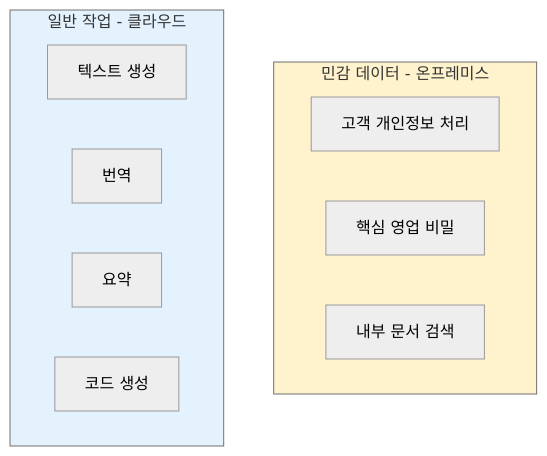
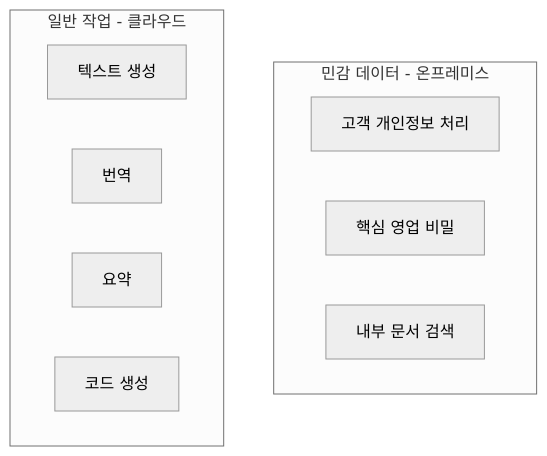
One commit to Kanghyeop/pages-book-agent101 changed the second of 2 diagrams in appendix-a/A06.md. Above: the diagram before and after it, drawn with Mermaid (neutral theme). The commit also changed 5 other files, not shown here.

Commit message:
fix: Mermaid GitHub 호환성 수정

````diff
--- a/appendix-a/A06.md
+++ b/appendix-a/A06.md
@@ -197,18 +197,15 @@
 ```mermaid
 flowchart TB
     subgraph OnPrem[민감 데이터 - 온프레미스]
         A1[고객 개인정보 처리]
         A2[핵심 영업 비밀]
         A3[내부 문서 검색]
     end
 
     subgraph Cloud[일반 작업 - 클라우드]
         B1[텍스트 생성]
         B2[번역]
         B3[요약]
         B4[코드 생성]
     end
-
-    style OnPrem fill:#FFF3CD
-    style Cloud fill:#E3F2FD
 ```
````
